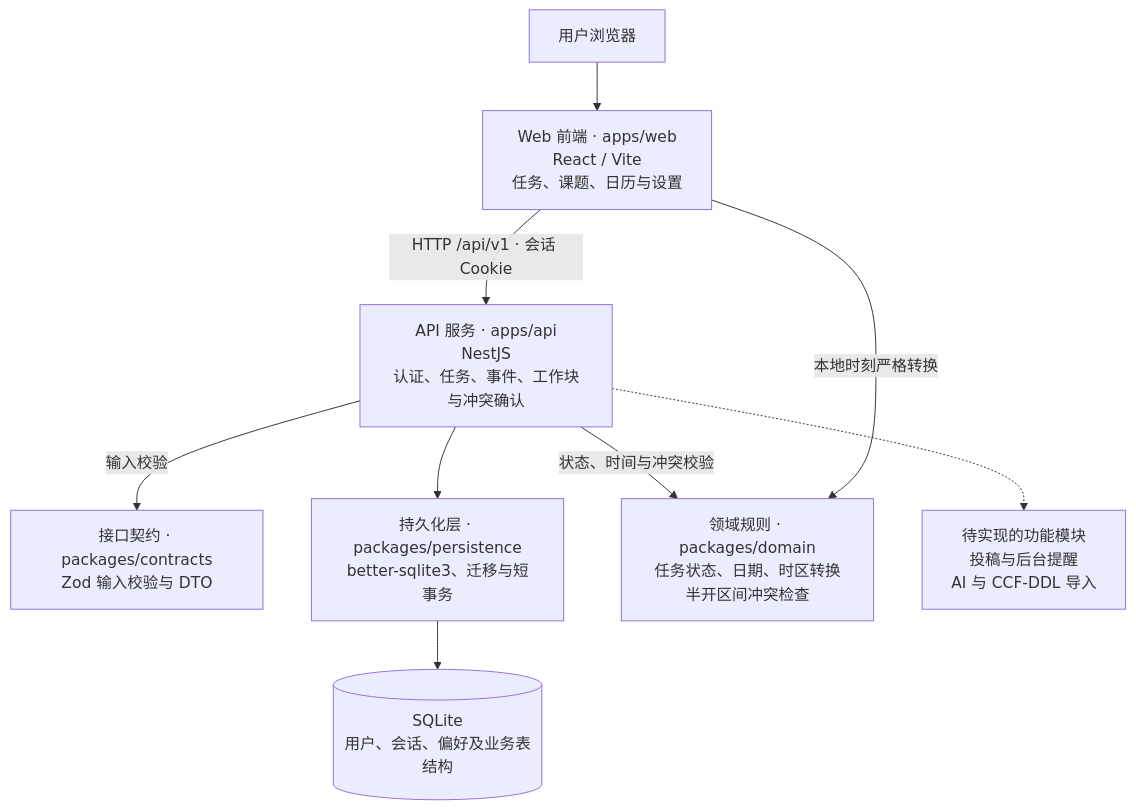
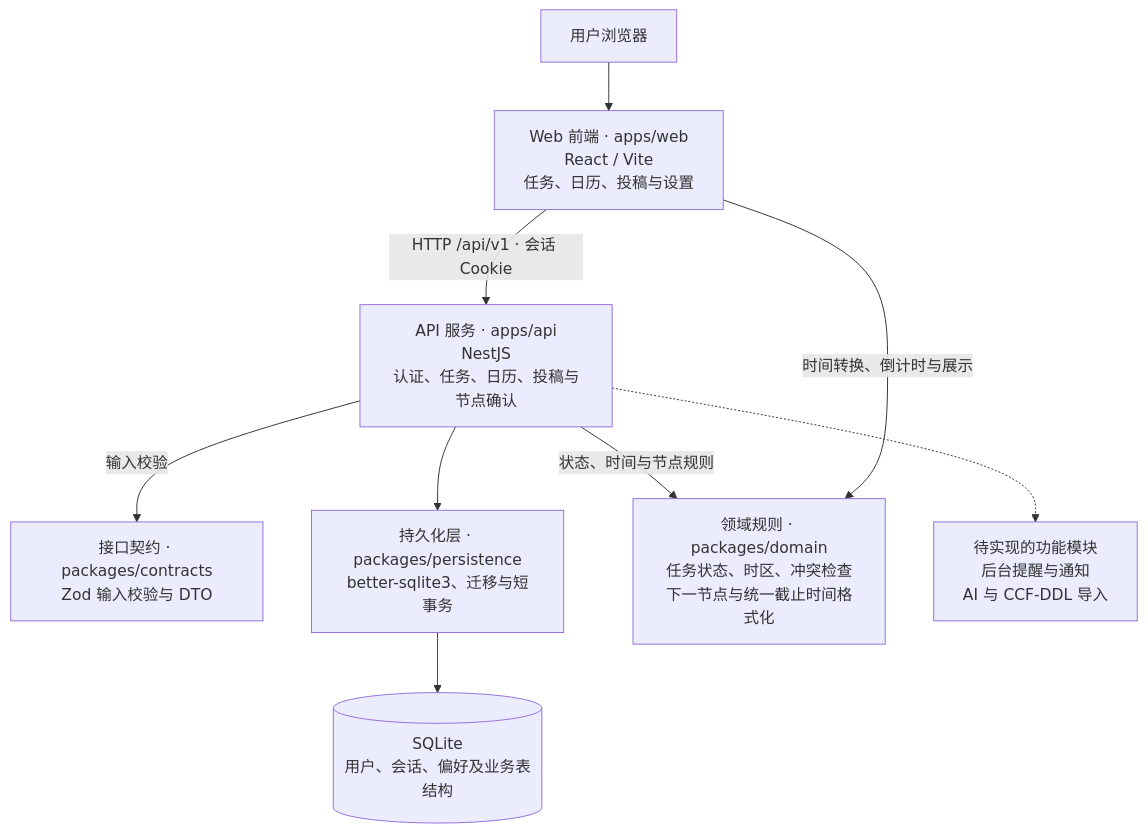
One commit to shenyang70s/daily-plan changed the diagram in README.md. Above: the diagram before and after it, drawn with Mermaid. The commit also changed other lines of this file and 26 other files, not shown here.

````diff
--- a/README.md
+++ b/README.md
@@ -17,20 +17,20 @@
 ```mermaid
 flowchart TB
   browser["用户浏览器"]
-  web["Web 前端 · apps/web<br/>React / Vite<br/>任务、课题、日历与设置"]
-  api["API 服务 · apps/api<br/>NestJS<br/>认证、任务、事件、工作块与冲突确认"]
+  web["Web 前端 · apps/web<br/>React / Vite<br/>任务、日历、投稿与设置"]
+  api["API 服务 · apps/api<br/>NestJS<br/>认证、任务、日历、投稿与节点确认"]
   contracts["接口契约 · packages/contracts<br/>Zod 输入校验与 DTO"]
   persistence["持久化层 · packages/persistence<br/>better-sqlite3、迁移与短事务"]
   db[("SQLite<br/>用户、会话、偏好及业务表结构")]
-  domain["领域规则 · packages/domain<br/>任务状态、日期、时区转换<br/>半开区间冲突检查"]
-  planned["待实现的功能模块<br/>投稿与后台提醒<br/>AI 与 CCF-DDL 导入"]
+  domain["领域规则 · packages/domain<br/>任务状态、时区、冲突检查<br/>下一节点与统一截止时间格式化"]
+  planned["待实现的功能模块<br/>后台提醒与通知<br/>AI 与 CCF-DDL 导入"]
 
   browser --> web
   web -->|"HTTP /api/v1 · 会话 Cookie"| api
   api -->|"输入校验"| contracts
   api --> persistence
   persistence --> db
-  api -->|"状态、时间与冲突校验"| domain
-  web -->|"本地时刻严格转换"| domain
+  api -->|"状态、时间与节点规则"| domain
+  web -->|"时间转换、倒计时与展示"| domain
   api -.-> planned
 ```
````
